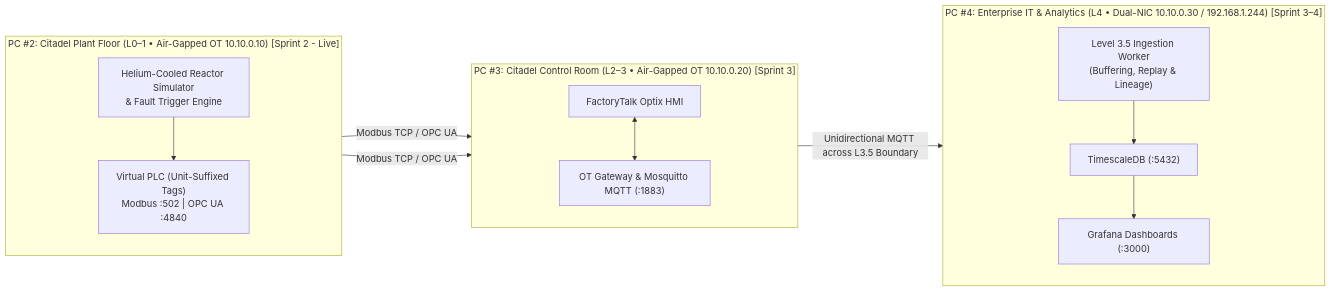
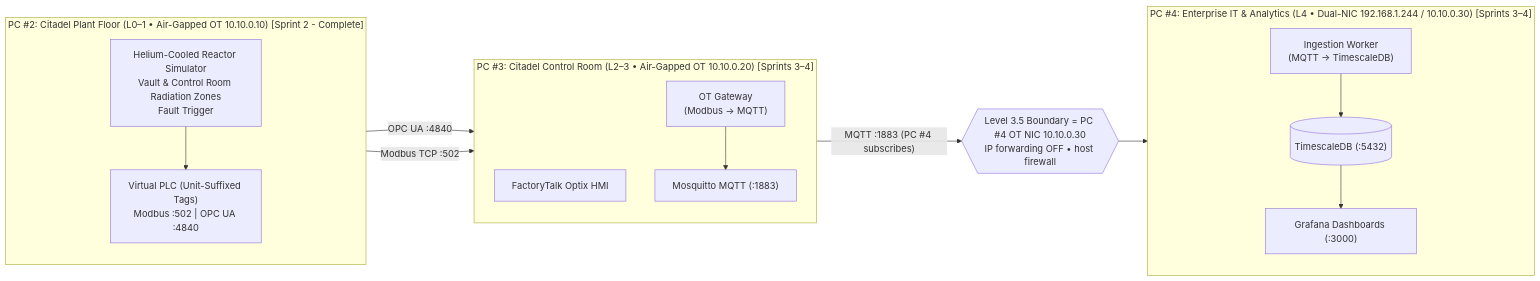
One commit to dsl7-max/smr-it-ot-telemetry-sim changed the diagram in README.md. Above: the diagram before and after it, drawn with Mermaid. The commit also changed other lines of this file and 1 other file, not shown here.

Commit message:
README: correct architecture diagram and progress to match the design
- Diagram: HMI reads OPC UA and the gateway polls Modbus (were both "Modbus
  TCP / OPC UA"); removed the HMI<->gateway link; Mosquitto shown as its own
  node; MQTT across L3.5 is PC #4-initiated, not unidirectional; added the
  L3.5 boundary node; PC #2 is built, not yet deployed
- Build progress realigned with agile/backlog.md (Sprint 3/4 scope)
- Quick start: run the plant container and plant_probe
- Deployment: CI build/smoke-test/ghcr.io digest publish -> PC #4 pull
- backlog.md: Sprint 2 marked closed

````diff
--- a/README.md
+++ b/README.md
@@ -5,28 +5,31 @@
 ```mermaid
 flowchart LR
-    subgraph PC2["PC #2: Citadel Plant Floor (L0–1 • Air-Gapped OT 10.10.0.10) [Sprint 2 - Live]"]
+    subgraph PC2["PC #2: Citadel Plant Floor (L0–1 • Air-Gapped OT 10.10.0.10) [Sprint 2 - Complete]"]
         direction TB
-        SIM["Helium-Cooled Reactor Simulator<br/>& Fault Trigger Engine"]
+        SIM["Helium-Cooled Reactor Simulator<br/>Vault & Control Room Radiation Zones<br/>Fault Trigger"]
         PLC["Virtual PLC (Unit-Suffixed Tags)<br/>Modbus :502 | OPC UA :4840"]
         SIM --> PLC
     end
 
-    subgraph PC3["PC #3: Citadel Control Room (L2–3 • Air-Gapped OT 10.10.0.20) [Sprint 3]"]
+    subgraph PC3["PC #3: Citadel Control Room (L2–3 • Air-Gapped OT 10.10.0.20) [Sprints 3–4]"]
         direction TB
         HMI["FactoryTalk Optix HMI"]
-        GW["OT Gateway & Mosquitto MQTT (:1883)"]
-        HMI <--> GW
+        GW["OT Gateway<br/>(Modbus → MQTT)"]
+        MQ["Mosquitto MQTT (:1883)"]
+        GW --> MQ
     end
 
-    subgraph PC4["PC #4: Enterprise IT & Analytics (L4 • Dual-NIC 10.10.0.30 / 192.168.1.244) [Sprint 3–4]"]
+    FW{{"Level 3.5 Boundary = PC #4 OT NIC 10.10.0.30<br/>IP forwarding OFF • host firewall"}}
+
+    subgraph PC4["PC #4: Enterprise IT & Analytics (L4 • Dual-NIC 192.168.1.244 / 10.10.0.30) [Sprints 3–4]"]
         direction TB
-        ING["Level 3.5 Ingestion Worker<br/>(Buffering, Replay & Lineage)"]
-        TSDB["TimescaleDB (:5432)"]
+        ING["Ingestion Worker<br/>(MQTT → TimescaleDB)"]
+        TSDB[("TimescaleDB (:5432)")]
         GRAF["Grafana Dashboards (:3000)"]
         ING --> TSDB --> GRAF
     end
 
-    PLC -->|"Modbus TCP / OPC UA"| HMI
-    PLC -->|"Modbus TCP / OPC UA"| GW
-    GW -->|"Unidirectional MQTT across L3.5 Boundary"| ING
+    PLC -->|"OPC UA :4840"| HMI
+    PLC -->|"Modbus TCP :502"| GW
+    MQ -->|"MQTT :1883 (PC #4 subscribes)"| FW --> ING
 ```
````
